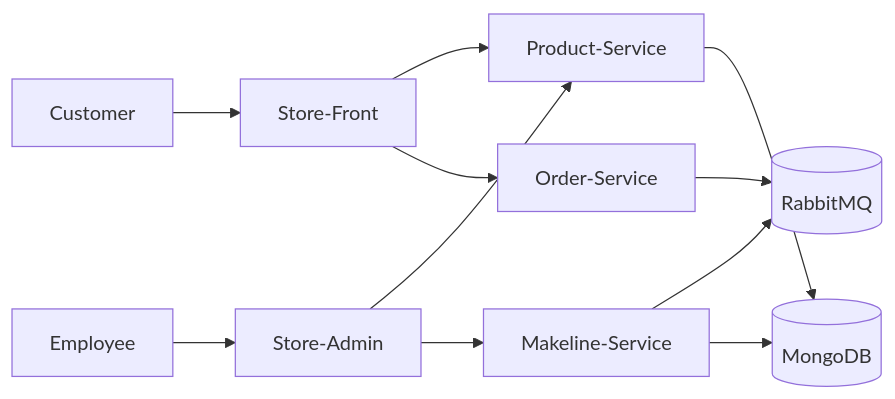
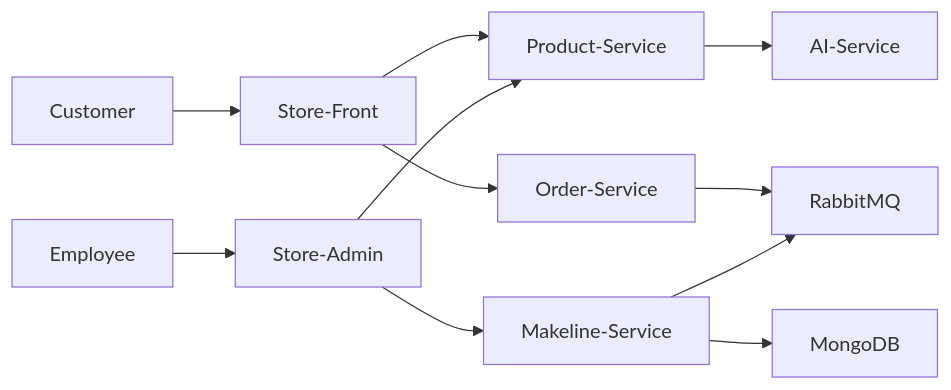
Before and after one commit to Ilyzazai/bestbuy-cloud-native-final: the diagram in README.md, drawn with Mermaid. The commit also changed other lines of this file and 4 other files, not shown here.

````diff
--- a/README.md
+++ b/README.md
@@ -9,16 +37,17 @@
 ```mermaid
 flowchart LR
     Customer[Customer] --> StoreFront[Store-Front]
     Employee[Employee] --> StoreAdmin[Store-Admin]
 
     StoreFront --> ProductService[Product-Service]
     StoreFront --> OrderService[Order-Service]
 
     StoreAdmin --> ProductService
     StoreAdmin --> MakelineService[Makeline-Service]
 
-    OrderService --> RabbitMQ[(RabbitMQ)]
+    OrderService --> RabbitMQ[RabbitMQ]
     MakelineService --> RabbitMQ
-    MakelineService --> MongoDB[(MongoDB)]
-    ProductService --> MongoDB
+    MakelineService --> MongoDB[MongoDB]
+
+    ProductService --> AIService[AI-Service]
 ```
````
